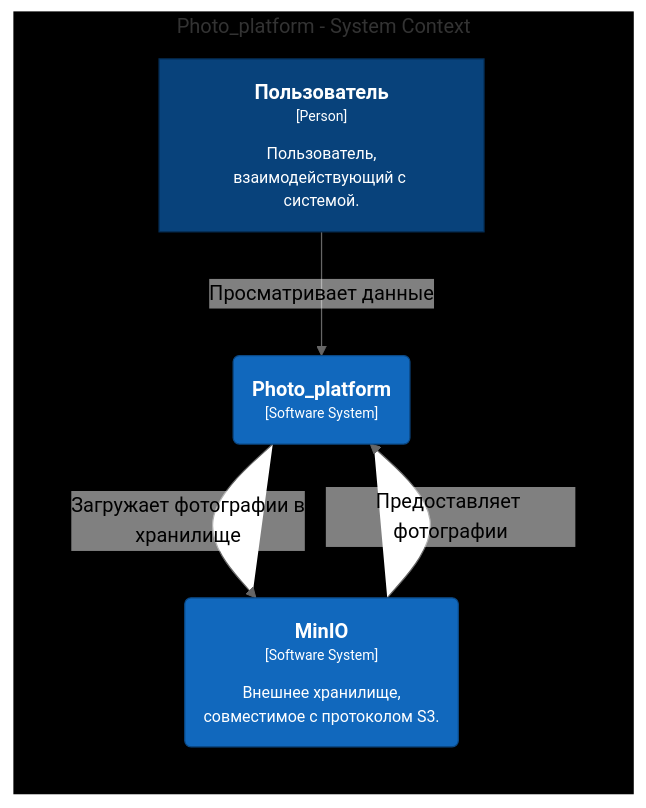
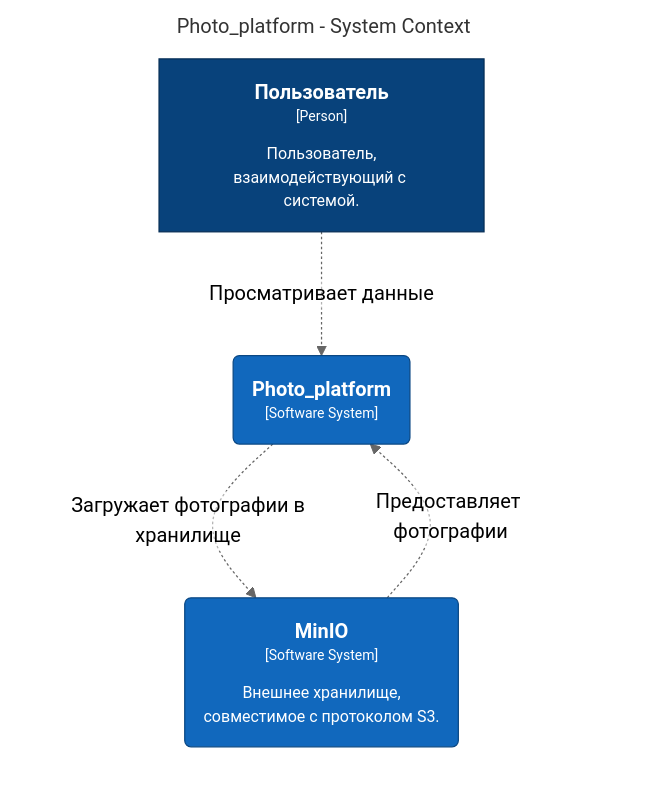
Before and after one commit to saneaizog/TestSberTech: the first of 4 diagrams in README.md, drawn with Mermaid (neutral theme). The commit also changed other lines of this file, not shown here.

````diff
--- a/README.md
+++ b/README.md
@@ -183,19 +183,19 @@
 ```mermaid
 graph LR
   linkStyle default fill:#ffffff
 
   subgraph diagram ["Photo_platform - System Context"]
-    style diagram fill:#000000,stroke:#000000
+    style diagram fill:#ffffff,stroke:#ffffff
 
-    1["<div style='font-weight: bold; color: #ffffff;'>Пользователь</div><div style='font-size: 70%; margin-top: 0px; color: #ffffff;'>[Person]</div><div style='font-size: 80%; margin-top:10px; color: #ffffff;'>Пользователь,<br />взаимодействующий с системой.</div>"]
+    1["<div style='font-weight: bold'>Пользователь</div><div style='font-size: 70%; margin-top: 0px'>[Person]</div><div style='font-size: 80%; margin-top:10px'>Пользователь,<br />взаимодействующий с системой.</div>"]
     style 1 fill:#08427b,stroke:#052e56,color:#ffffff
-    13("<div style='font-weight: bold; color: #ffffff;'>MinIO</div><div style='font-size: 70%; margin-top: 0px; color: #ffffff;'>[Software System]</div><div style='font-size: 80%; margin-top:10px; color: #ffffff;'>Внешнее хранилище,<br />совместимое с протоколом S3.</div>")
-    style 13 fill:#1168bd,stroke:#0b4884,color:#ffffff
-    2("<div style='font-weight: bold; color: #ffffff;'>Photo_platform</div><div style='font-size: 70%; margin-top: 0px; color: #ffffff;'>[Software System]</div>")
+    16("<div style='font-weight: bold'>MinIO</div><div style='font-size: 70%; margin-top: 0px'>[Software System]</div><div style='font-size: 80%; margin-top:10px'>Внешнее хранилище,<br />совместимое с протоколом S3.</div>")
+    style 16 fill:#1168bd,stroke:#0b4884,color:#ffffff
+    2("<div style='font-weight: bold'>Photo_platform</div><div style='font-size: 70%; margin-top: 0px'>[Software System]</div>")
     style 2 fill:#1168bd,stroke:#0b4884,color:#ffffff
 
-    13-- "<div style='color: #ffffff;'>Предоставляет фотографии</div><div style='font-size: 70%'></div>" -->2
-    2-- "<div style='color: #ffffff;'>Загружает фотографии в<br />хранилище</div><div style='font-size: 70%'></div>" -->13
-    1-- "<div style='color: #ffffff;'>Просматривает данные</div><div style='font-size: 70%'></div>" -->2
+    16-. "<div>Предоставляет фотографии</div><div style='font-size: 70%'></div>" .->2
+    2-. "<div>Загружает фотографии в<br />хранилище</div><div style='font-size: 70%'></div>" .->16
+    1-. "<div>Просматривает данные</div><div style='font-size: 70%'></div>" .->2
   end
 ```
````
